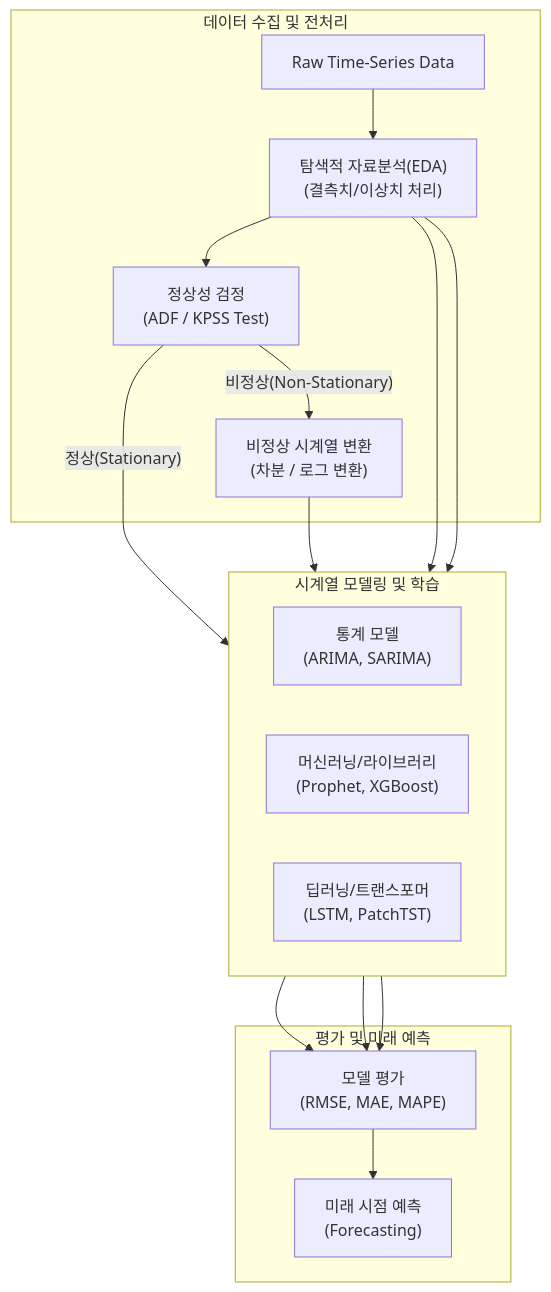
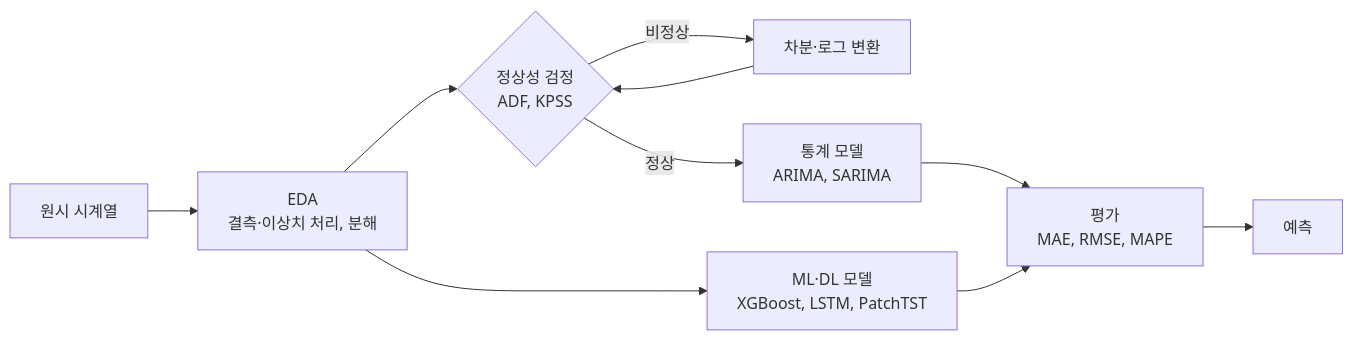
One commit to supremethumb/supremethumb.github.io changed the diagram in content/01_IT Tech/시계열분석.md. Above: the diagram before and after it, drawn with Mermaid. The commit also changed other lines of this file and 1087 other files, not shown here.

````diff
--- a/content/01_IT Tech/시계열분석.md
+++ b/content/01_IT Tech/시계열분석.md
@@ -27,35 +35,11 @@
 ```mermaid
-flowchart TB
-    subgraph Data_Prep ["데이터 수집 및 전처리"]
-        Raw["Raw Time-Series Data"]
-        EDA["탐색적 자료분석(EDA)<br/>(결측치/이상치 처리)"]
-        Stationary_Check["정상성 검정<br/>(ADF / KPSS Test)"]
-        Diff["비정상 시계열 변환<br/>(차분 / 로그 변환)"]
-        
-        Raw --> EDA --> Stationary_Check
-        Stationary_Check -- "비정상(Non-Stationary)" --> Diff
-    end
-    
-    subgraph Modeling ["시계열 모델링 및 학습"]
-        direction LR
-        Stat["통계 모델<br/>(ARIMA, SARIMA)"]
-        ML["머신러닝/라이브러리<br/>(Prophet, XGBoost)"]
-        DL["딥러닝/트랜스포머<br/>(LSTM, PatchTST)"]
-        
-        Stationary_Check -- "정상(Stationary)" --> Stat
-        Diff --> Stat
-        EDA --> ML
-        EDA --> DL
-    end
-    
-    subgraph Eval_Forecast ["평가 및 미래 예측"]
-        Eval["모델 평가<br/>(RMSE, MAE, MAPE)"]
-        Forecast["미래 시점 예측<br/>(Forecasting)"]
-        
-        Stat --> Eval
-        ML --> Eval
-        DL --> Eval
-        Eval --> Forecast
-    end
-
+flowchart LR
+    RAW["원시 시계열"] --> EDA["EDA<br/>결측·이상치 처리, 분해"]
+    EDA --> ST{"정상성 검정<br/>ADF, KPSS"}
+    ST -- "비정상" --> DF["차분·로그 변환"]
+    DF --> ST
+    ST -- "정상" --> STAT["통계 모델<br/>ARIMA, SARIMA"]
+    EDA --> ML["ML·DL 모델<br/>XGBoost, LSTM, PatchTST"]
+    STAT & ML --> EV["평가<br/>MAE, RMSE, MAPE"]
+    EV --> FC["예측"]
 ```
````
